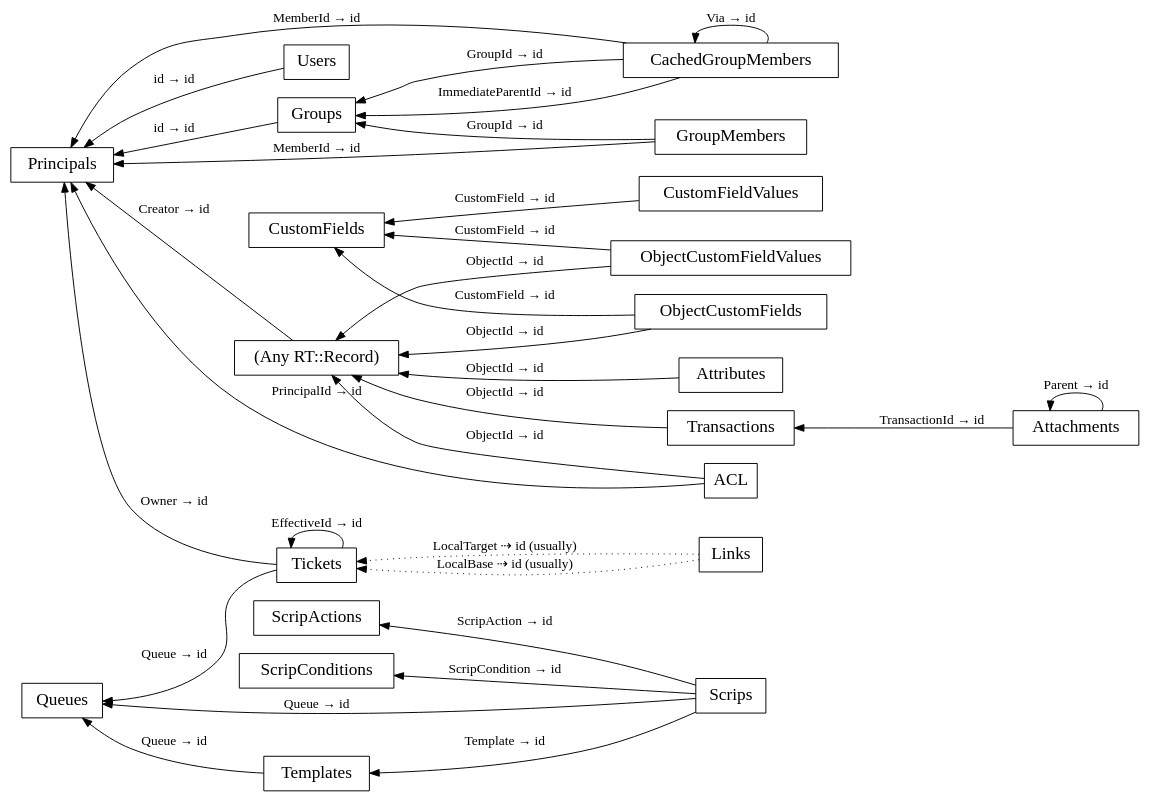
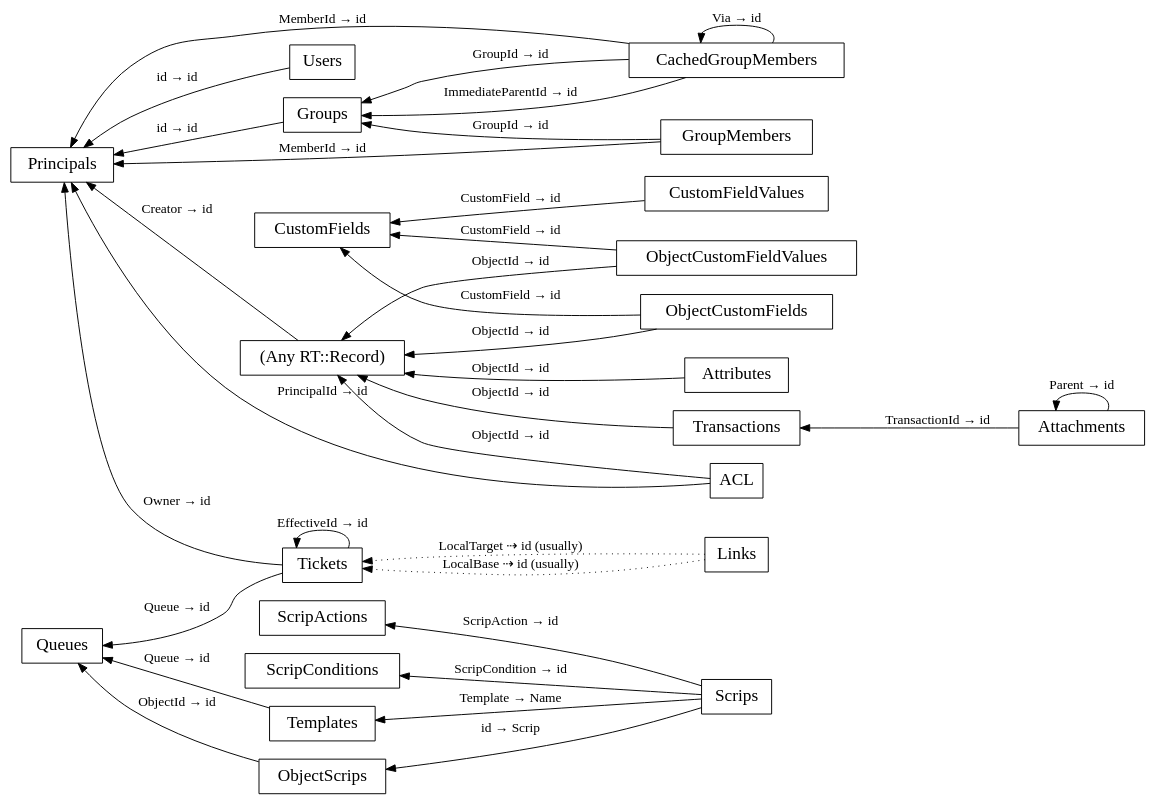
The diagram in docs/schema.dot (bestpractical/rt), drawn with Graphviz before and after one commit.

Commit message:
Add the (new in 4.2) ObjectScrips table
Also re-point templates (which now look up on Name).

```diff
--- a/docs/schema.dot
+++ b/docs/schema.dot
@@ -1,99 +1,102 @@
 digraph g {
 graph [
 rankdir = "RL",
  concentrate = true,
 ratio = auto
 ];
 node [
 fontsize = "18",
 shape = record, fontsize = 18
 ];
 edge [
 ];
 
 "Records" [shape = record, fontsize = 18, label = "(Any RT::Record)" ];
 "Records" -> "Principals" [label = "Creator → id"];
 "ACL" [shape = record, fontsize = 18, label = "<col0> \N " ];
 "ACL" -> "Principals" [label="PrincipalId → id"];
 "ACL" -> "Records" [label="ObjectId → id"];
 
 "Attachments" [shape = record, fontsize = 18, label = "<col0> \N " ];
 "Attachments" -> "Transactions" [label="TransactionId → id"];
 "Attachments" -> "Attachments" [label="Parent → id"];
 
 "CachedGroupMembers" [shape = record, fontsize = 18, label = "<col0> \N " ];
 "CachedGroupMembers" -> "Groups" [label="GroupId → id", weight=2];
 "CachedGroupMembers" -> "Principals" [label="MemberId → id"];
 "CachedGroupMembers" -> "CachedGroupMembers" [label="Via → id"];
 "CachedGroupMembers" -> "Groups" [label="ImmediateParentId → id"];
 
 "CustomFields" [shape = record, fontsize = 18, label = "<col0> \N " ];
 
 "CustomFieldValues" [shape = record, fontsize = 18, label = "<col0> \N " ];
 "CustomFieldValues" -> "CustomFields" [label="CustomField → id"];
 
 "GroupMembers" [shape = record, fontsize = 18, label = "<col0> \N " ];
 "GroupMembers" -> "Groups" [label="GroupId → id", weight=2];
 "GroupMembers" -> "Principals" [label="MemberId → id", weight = 2];
 
 "Groups" [shape = record, fontsize = 18, label = "<col0> \N " ];
 "Groups" -> "Principals" [label="id → id"];
 
 "Links" [shape = record, fontsize = 18, label = "<col0> \N " ];
 "Links" -> "Tickets" [label="LocalBase ⇢ id (usually)", style="dotted"];
 "Links" -> "Tickets" [label="LocalTarget ⇢ id (usually)", style="dotted"];
 
 "Principals" [shape = record, fontsize = 18, label = "<col0> \N " ];
 
 "Attributes" [shape = record, fontsize = 18, label = "<col0> \N " ];
 "Attributes" -> "Records" [label="ObjectId → id"];
 
 "Queues" [shape = record, fontsize = 18, label = "<col0> \N " ];
 
 "ScripActions" [shape = record, fontsize = 18, label = "<col0> \N " ];
 
 "ScripConditions" [shape = record, fontsize = 18, label = "<col0> \N " ];
 
 "Scrips" [shape = record, fontsize = 18, label = "<col0> \N " ];
 "Scrips" -> "ScripConditions" [label="ScripCondition → id"];
 "Scrips" -> "ScripActions" [label="ScripAction → id"];
-"Scrips" -> "Templates" [label="Template → id"];
-"Scrips" -> "Queues" [label="Queue → id"];
+"Scrips" -> "Templates" [label="Template → Name"];
+"Scrips" -> "ObjectScrips" [label="id → Scrip"]
+
+"ObjectScrips" [shape = record, fontsize = 18, label = "<col0> \N " ];
+"ObjectScrips" -> "Queues" [label="ObjectId → id"];
 
 "Templates" [shape = record, fontsize = 18, label = "<col0> \N " ];
 "Templates" -> "Queues" [label ="Queue → id" ];
 
 "ObjectCustomFields" [shape = record, fontsize = 18, label = "<col0> \N " ];
 "ObjectCustomFields" -> "CustomFields" [label="CustomField → id"];
 "ObjectCustomFields" -> "Records" [label="ObjectId → id"];
 
 "ObjectCustomFieldValues" [shape = record, fontsize = 18, label = "<col0> \N " ];
 "ObjectCustomFieldValues" -> "CustomFields" [label="CustomField → id"];
 "ObjectCustomFieldValues" -> "Records" [label="ObjectId → id"];
 
 "Tickets" [shape = record, fontsize = 18, label = "<col0> \N " ];
 "Tickets" -> "Tickets" [label="EffectiveId → id"];
 "Tickets" -> "Principals" [label="Owner → id"];
 "Queues" -> "Tickets" [style="invis"];
 "Tickets" -> "Queues" [label="Queue → id"];
 
 "Transactions" [shape = record, fontsize = 18, label = "<col0> \N " ];
 "Transactions" -> "Records" [label="ObjectId → id"];
 
 "Users" [shape = record, fontsize = 18, label = "<col0> \N " ];
 
 "Users" -> "Principals" [label="id → id"];
 
 // "Classes" [shape = record, fontsize = 18 label = "<col0> \N " ];
 // "Articles" [shape = record, fontsize = 18 label = "<col0> \N " ];
 // "Articles" -> "Classes" [ label="Class → id"];
 // "Articles" -> "Articles" [ label="Parent → id"];
 // "ObjectClasses" [shape = record, fontsize = 18 label = "<col0> \N " ];
 // "ObjectClasses" -> "Records" [label="ObjectId → id"];
 // "ObjectClasses" -> "Classes" [label="Class → id"];
 // "Topics" [shape = record, fontsize = 18 label = "<col0> \N " ];
 // "ObjectTopics" [shape = record, fontsize = 18 label = "<col0> \N " ];
 // "ObjectTopics" -> "Records" [label="ObjectId → id"];
 // "ObjectTopics" -> "Topics" [label="Topic → id"];
 
 }
```
